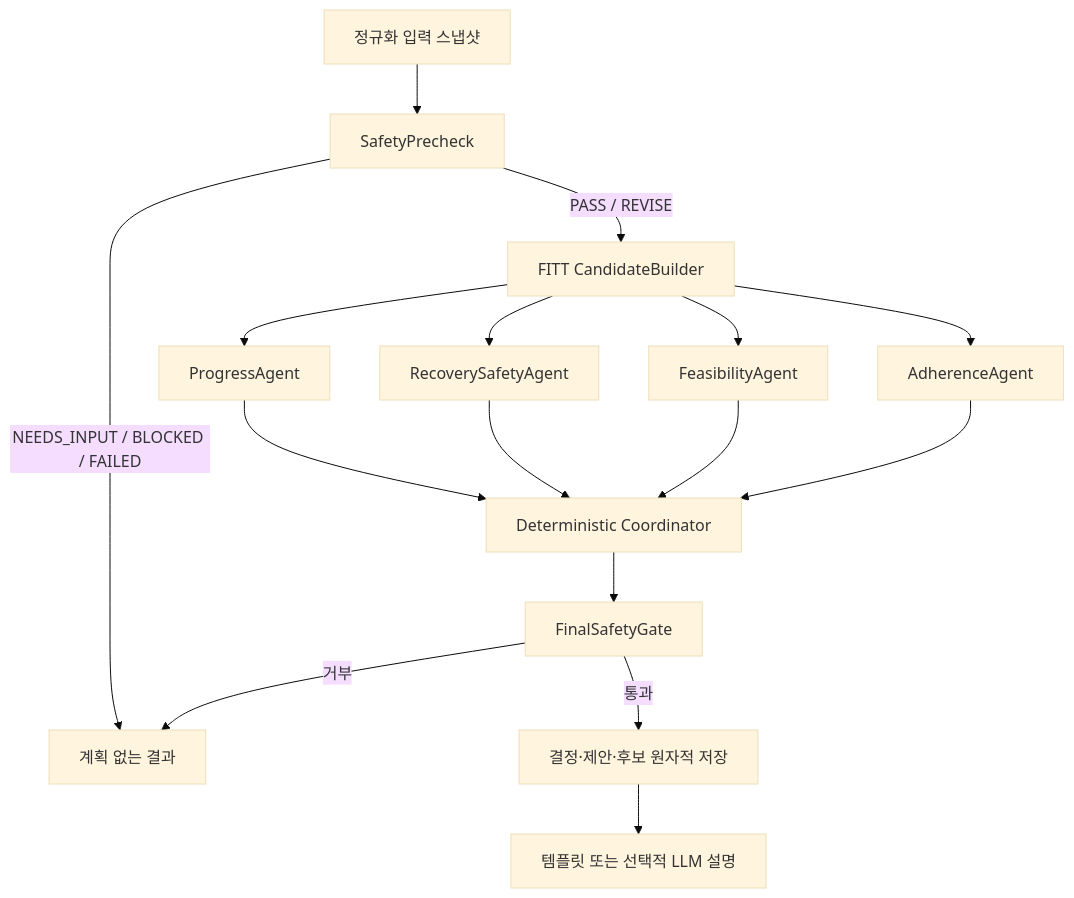
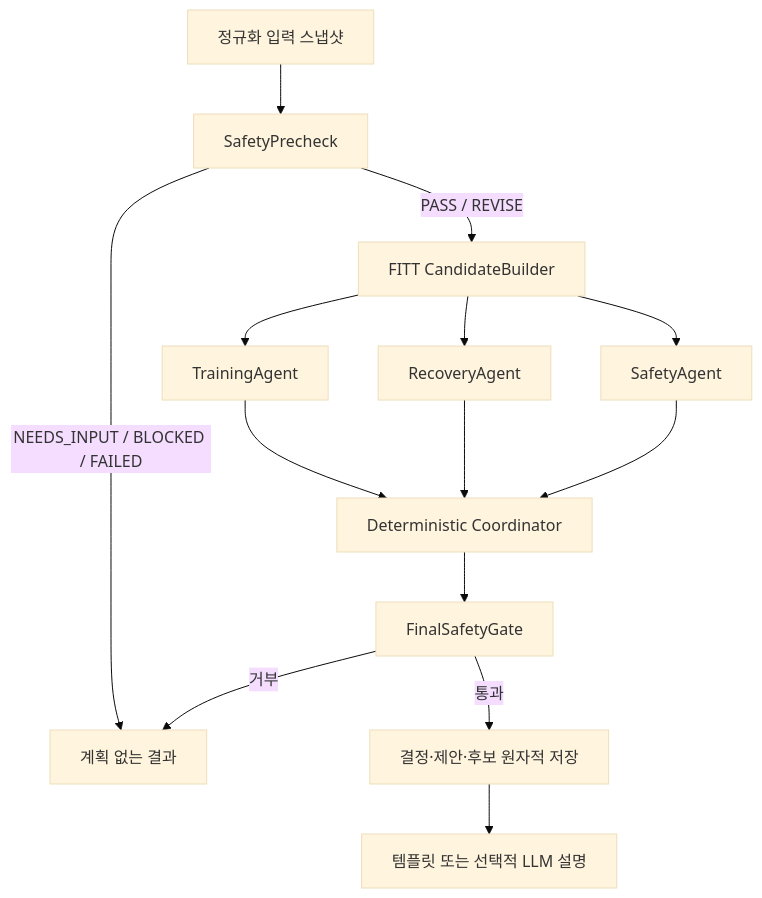
The second of 3 diagrams in docs/ARCHITECTURE.md (SKNETWORKS-FAMILY-AICAMP/SKN30-FINAL-5Team), drawn with Mermaid (base theme) before and after one commit. The commit also changed other lines of this file and 26 other files, not shown here.

````diff
--- a/docs/ARCHITECTURE.md
+++ b/docs/ARCHITECTURE.md
@@ -57,18 +59,16 @@
 ```mermaid
 flowchart TD
   A["정규화 입력 스냅샷"] --> B["SafetyPrecheck"]
   B -->|"NEEDS_INPUT / BLOCKED / FAILED"| Z["계획 없는 결과"]
   B -->|"PASS / REVISE"| C["FITT CandidateBuilder"]
-  C --> D1["ProgressAgent"]
-  C --> D2["RecoverySafetyAgent"]
-  C --> D3["FeasibilityAgent"]
-  C --> D4["AdherenceAgent"]
+  C --> D1["TrainingAgent"]
+  C --> D2["RecoveryAgent"]
+  C --> D3["SafetyAgent"]
   D1 --> E["Deterministic Coordinator"]
   D2 --> E
   D3 --> E
-  D4 --> E
   E --> F["FinalSafetyGate"]
   F -->|"통과"| G["결정·제안·후보 원자적 저장"]
   F -->|"거부"| Z
   G --> H["템플릿 또는 선택적 LLM 설명"]
 ```
````
